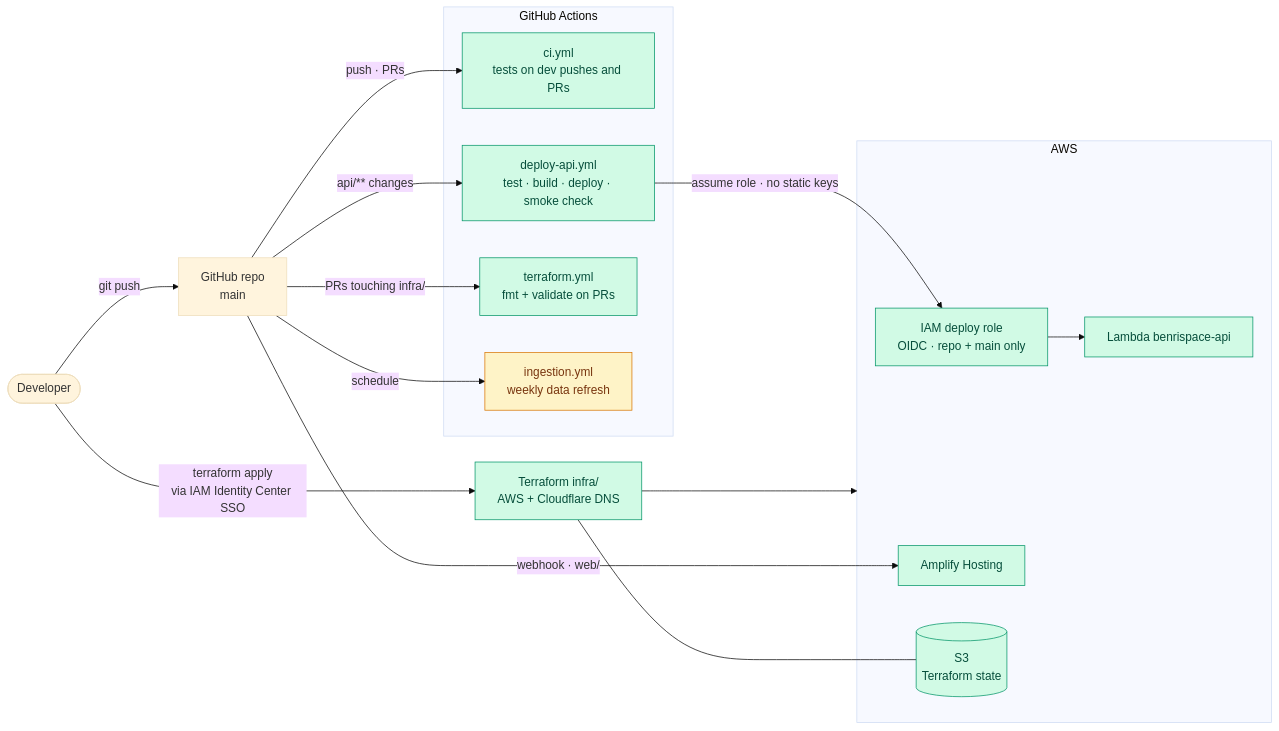
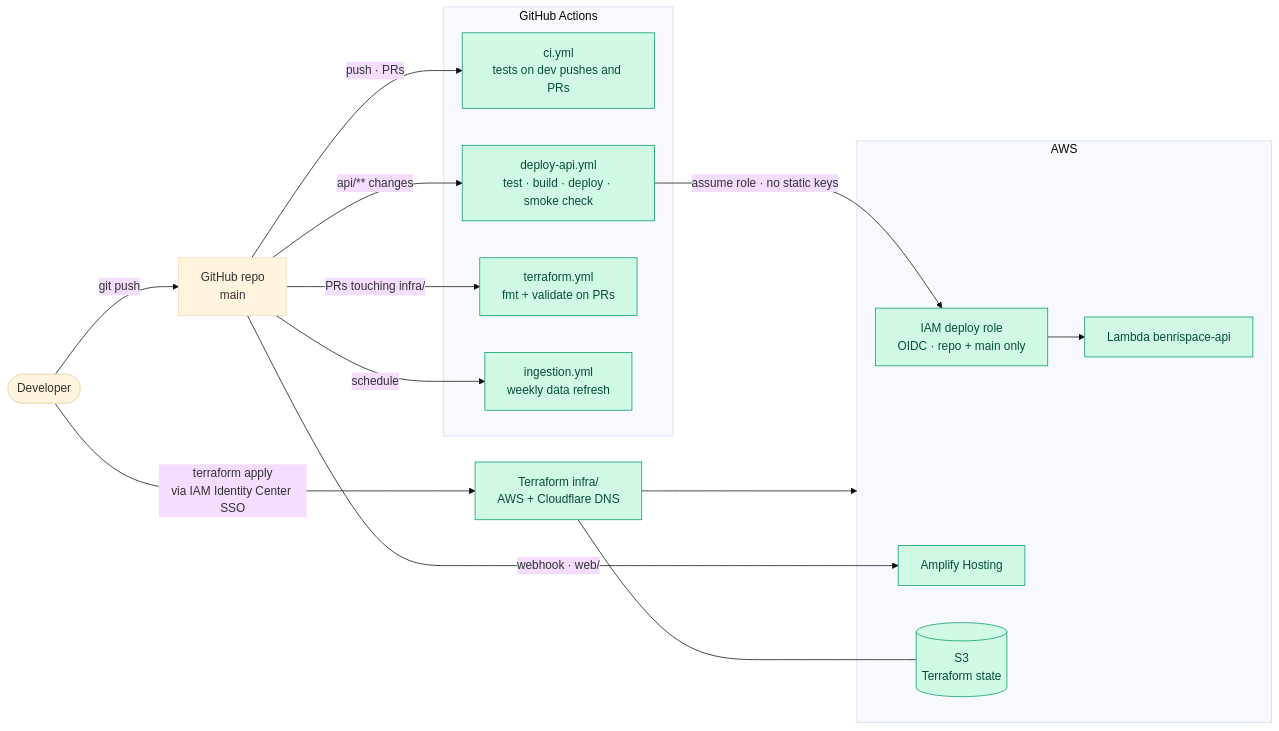
One commit to prajeshgpat/BenriSpace changed the fourth of 4 diagrams in ARCHITECTURE.md. Above: the diagram before and after it, drawn with Mermaid (base theme). The commit also changed other lines of this file and 5 other files, not shown here.

First line of the commit message:
docs: v2 cutover complete; real v2 API examples; roadmap

````diff
--- a/ARCHITECTURE.md
+++ b/ARCHITECTURE.md
@@ -213,37 +213,37 @@
 ```mermaid
 flowchart LR
   dev(["Developer"])
   gh["GitHub repo<br/>main"]
 
   subgraph ci["GitHub Actions"]
     ci1["ci.yml<br/>tests on dev pushes and PRs"]
     dep["deploy-api.yml<br/>test · build · deploy · smoke check"]
     tfci["terraform.yml<br/>fmt + validate on PRs"]
     ing["ingestion.yml<br/>weekly data refresh"]
   end
 
   subgraph aws["AWS"]
     role["IAM deploy role<br/>OIDC · repo + main only"]
     lam["Lambda benrispace-api"]
     amp["Amplify Hosting"]
     tfstate[("S3<br/>Terraform state")]
   end
 
   tf["Terraform infra/<br/>AWS + Cloudflare DNS"]
 
   dev -- "git push" --> gh
   gh -- "push · PRs" --> ci1
   gh -- "api/** changes" --> dep
   gh -- "PRs touching infra/" --> tfci
   gh -- "schedule" --> ing
   gh -- "webhook · web/" --> amp
   dep -- "assume role · no static keys" --> role --> lam
   dev -- "terraform apply<br/>via IAM Identity Center SSO" --> tf
   tf --> aws
   tf --- tfstate
 
   classDef live fill:#d1fae5,stroke:#059669,color:#064e3b
   classDef pending fill:#fef3c7,stroke:#d97706,color:#78350f
   class role,lam,amp,tfstate,tf,ci1,dep,tfci live
-  class ing pending
+  class ing live
 ```
````
